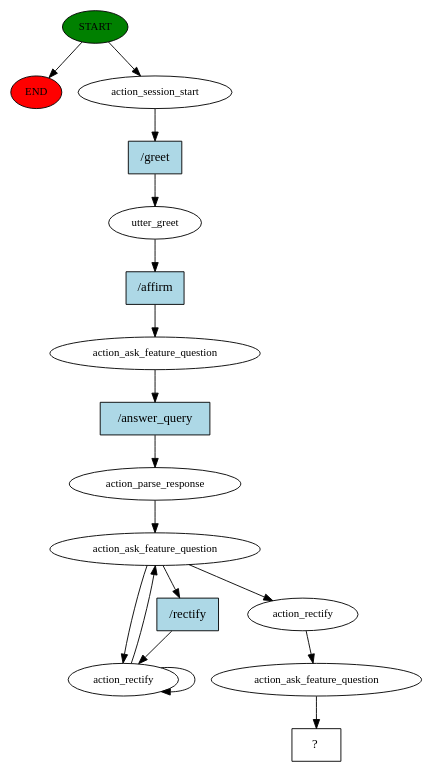
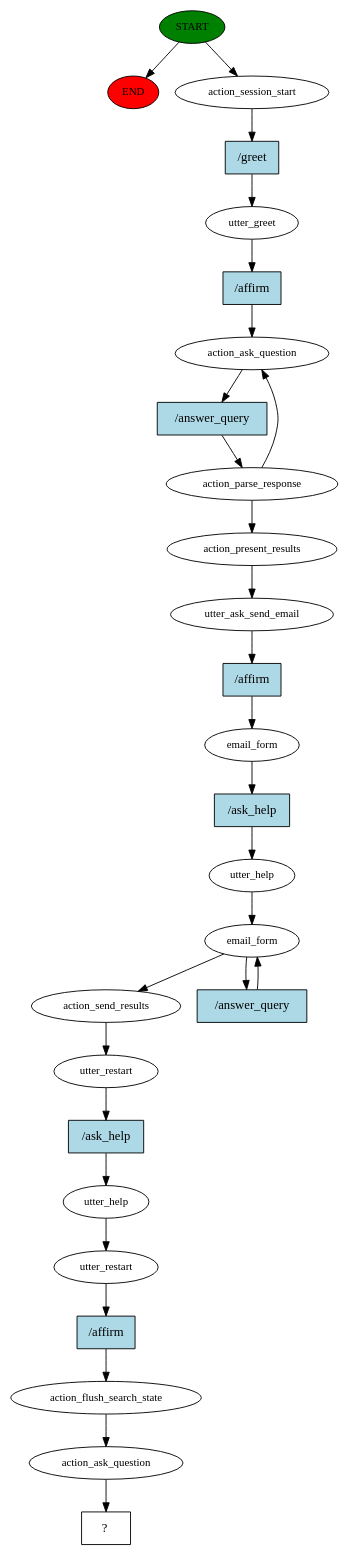
The diagram in story_graph.dot (mrcyme/leda_chatbot), drawn with Graphviz before and after one commit. The commit also changed 16 other files, not shown here.

```diff
--- a/story_graph.dot
+++ b/story_graph.dot
@@ -1,34 +1,55 @@
 digraph  {
 0 [class="start active", fillcolor=green, fontsize=12, label=START, style=filled];
 "-1" [class=end, fillcolor=red, fontsize=12, label=END, style=filled];
 1 [class=active, fontsize=12, label=action_session_start];
 2 [class=active, fontsize=12, label=utter_greet];
-3 [class=active, fontsize=12, label=action_ask_feature_question];
+3 [class=active, fontsize=12, label=action_ask_question];
 4 [class=active, fontsize=12, label=action_parse_response];
-5 [class=active, fontsize=12, label=action_ask_feature_question];
-6 [class=active, fontsize=12, label=action_rectify];
-12 [class=active, fontsize=12, label=action_rectify];
-13 [class=active, fontsize=12, label=action_ask_feature_question];
-14 [class="intent dashed active", label="  ?  ", shape=rect];
-15 [class="intent active", fillcolor=lightblue, label="/greet", shape=rect, style=filled];
-16 [class="intent active", fillcolor=lightblue, label="/affirm", shape=rect, style=filled];
-17 [class="intent active", fillcolor=lightblue, label="/answer_query", shape=rect, style=filled];
-18 [class="intent active", fillcolor=lightblue, label="/rectify", shape=rect, style=filled];
+15 [class=active, fontsize=12, label=action_present_results];
+16 [class=active, fontsize=12, label=utter_ask_send_email];
+17 [class=active, fontsize=12, label=email_form];
+18 [class=active, fontsize=12, label=utter_help];
+19 [class=active, fontsize=12, label=email_form];
+21 [class=active, fontsize=12, label=action_send_results];
+22 [class=active, fontsize=12, label=utter_restart];
+23 [class=active, fontsize=12, label=utter_help];
+24 [class=active, fontsize=12, label=utter_restart];
+25 [class=active, fontsize=12, label=action_flush_search_state];
+26 [class=active, fontsize=12, label=action_ask_question];
+27 [class="intent dashed active", label="  ?  ", shape=rect];
+28 [class="intent active", fillcolor=lightblue, label="/greet", shape=rect, style=filled];
+29 [class="intent active", fillcolor=lightblue, label="/affirm", shape=rect, style=filled];
+30 [class="intent active", fillcolor=lightblue, label="/answer_query", shape=rect, style=filled];
+31 [class="intent active", fillcolor=lightblue, label="/affirm", shape=rect, style=filled];
+32 [class="intent active", fillcolor=lightblue, label="/ask_help", shape=rect, style=filled];
+33 [class="intent active", fillcolor=lightblue, label="/answer_query", shape=rect, style=filled];
+34 [class="intent active", fillcolor=lightblue, label="/ask_help", shape=rect, style=filled];
+35 [class="intent active", fillcolor=lightblue, label="/affirm", shape=rect, style=filled];
 0 -> "-1"  [class="", key=NONE, label=""];
 0 -> 1  [class=active, key=NONE, label=""];
-1 -> 15  [class=active, key=0];
-2 -> 16  [class=active, key=0];
-3 -> 17  [class=active, key=0];
-4 -> 5  [class=active, key=NONE, label=""];
-5 -> 6  [class=active, key=NONE, label=""];
-5 -> 12  [class=active, key=NONE, label=""];
-5 -> 18  [class=active, key=0];
-6 -> 6  [class=active, key=NONE, label=""];
-6 -> 5  [class=active, key=NONE, label=""];
-12 -> 13  [class=active, key=NONE, label=""];
-13 -> 14  [class=active, key=NONE, label=""];
-15 -> 2  [class=active, key=0];
-16 -> 3  [class=active, key=0];
-17 -> 4  [class=active, key=0];
-18 -> 6  [class=active, key=0];
+1 -> 28  [class=active, key=0];
+2 -> 29  [class=active, key=0];
+3 -> 30  [class=active, key=0];
+4 -> 3  [class=active, key=NONE, label=""];
+4 -> 15  [class=active, key=NONE, label=""];
+15 -> 16  [class=active, key=NONE, label=""];
+16 -> 31  [class=active, key=0];
+17 -> 32  [class=active, key=0];
+18 -> 19  [class=active, key=NONE, label=""];
+19 -> 21  [class=active, key=NONE, label=""];
+19 -> 33  [class=active, key=0];
+21 -> 22  [class=active, key=NONE, label=""];
+22 -> 34  [class=active, key=0];
+23 -> 24  [class=active, key=NONE, label=""];
+24 -> 35  [class=active, key=0];
+25 -> 26  [class=active, key=NONE, label=""];
+26 -> 27  [class=active, key=NONE, label=""];
+28 -> 2  [class=active, key=0];
+29 -> 3  [class=active, key=0];
+30 -> 4  [class=active, key=0];
+31 -> 17  [class=active, key=0];
+32 -> 18  [class=active, key=0];
+33 -> 19  [class=active, key=0];
+34 -> 23  [class=active, key=0];
+35 -> 25  [class=active, key=0];
 }
```
